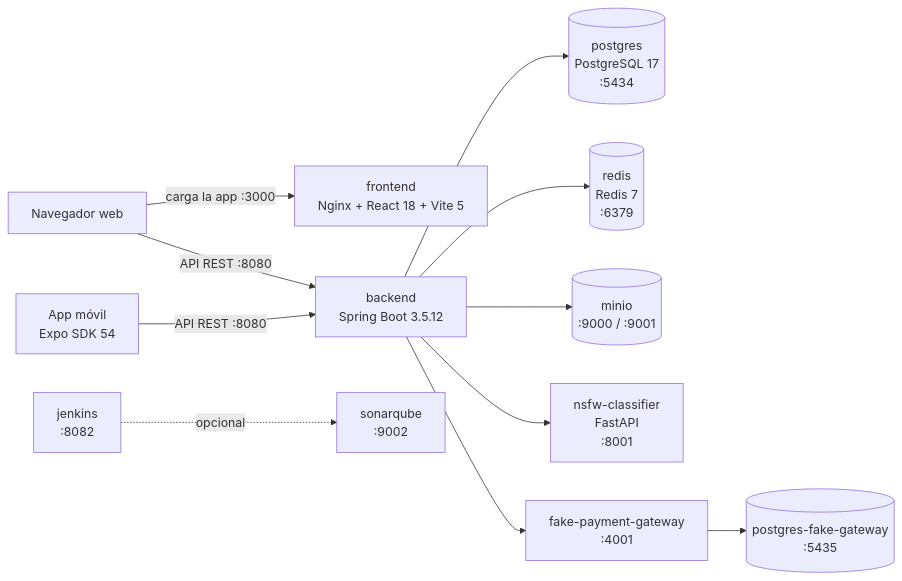
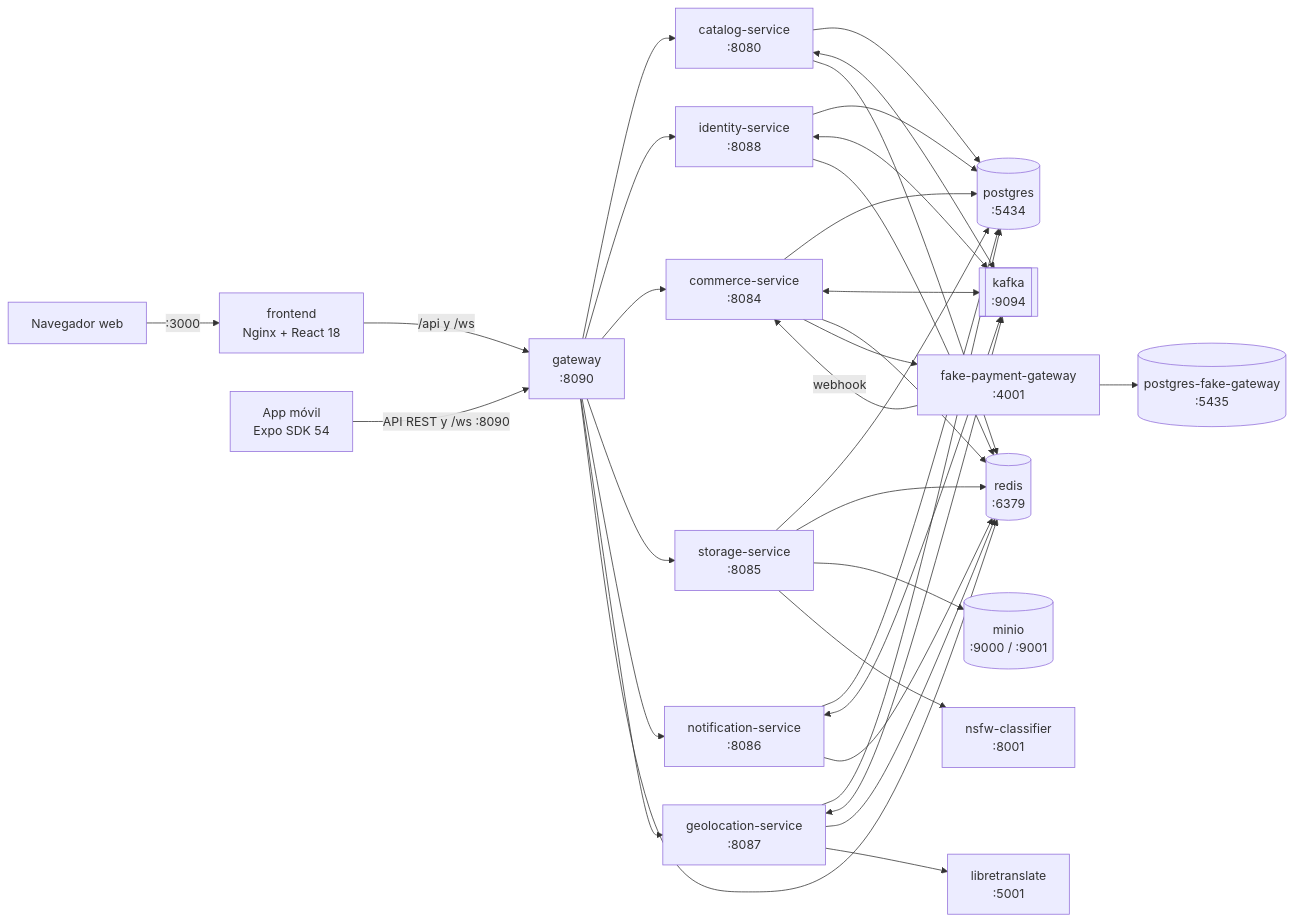
Before and after one commit to TheJhampierBoy/TuEvento-Docs: the first of 6 diagrams in es/11_Manual_Instalacion.md, drawn with Mermaid. The commit also changed other lines of this file and 1 other file, not shown here.

First line of the commit message:
docs: update installation manual to v1.2.0 (gateway and microservices)

````diff
--- a/es/11_Manual_Instalacion.md
+++ b/es/11_Manual_Instalacion.md
@@ -88,13 +106,21 @@
 ```mermaid
 flowchart LR
-    W["Navegador web"] -->|"carga la app :3000"| FW["frontend<br/>Nginx + React 18 + Vite 5"]
-    W -->|"API REST :8080"| B["backend<br/>Spring Boot 3.5.12"]
-    M["App móvil<br/>Expo SDK 54"] -->|"API REST :8080"| B
-    B --> P[("postgres<br/>PostgreSQL 17<br/>:5434")]
-    B --> R[("redis<br/>Redis 7<br/>:6379")]
-    B --> S[("minio<br/>:9000 / :9001")]
-    B --> N["nsfw-classifier<br/>FastAPI<br/>:8001"]
-    B --> G["fake-payment-gateway<br/>:4001"]
+    W["Navegador web"] -->|":3000"| FW["frontend<br/>Nginx + React 18"]
+    FW -->|"/api y /ws"| GW["gateway<br/>:8090"]
+    M["App móvil<br/>Expo SDK 54"] -->|"API REST y /ws :8090"| GW
+    GW --> CA["catalog-service<br/>:8080"]
+    GW --> ID["identity-service<br/>:8088"]
+    GW --> CO["commerce-service<br/>:8084"]
+    GW --> ST["storage-service<br/>:8085"]
+    GW --> NO["notification-service<br/>:8086"]
+    GW --> GE["geolocation-service<br/>:8087"]
+    CA & ID & CO & ST & NO & GE --> P[("postgres<br/>:5434")]
+    CA & ID & CO & NO & GE <--> K[["kafka<br/>:9094"]]
+    GW & CA & ID & CO & ST & NO & GE --> R[("redis<br/>:6379")]
+    ST --> S[("minio<br/>:9000 / :9001")]
+    ST --> N["nsfw-classifier<br/>:8001"]
+    GE --> LT["libretranslate<br/>:5001"]
+    CO --> G["fake-payment-gateway<br/>:4001"]
+    G -->|"webhook"| CO
     G --> PG[("postgres-fake-gateway<br/>:5435")]
-    J["jenkins<br/>:8082"] -.->|"opcional"| SQ["sonarqube<br/>:9002"]
 ```
````
